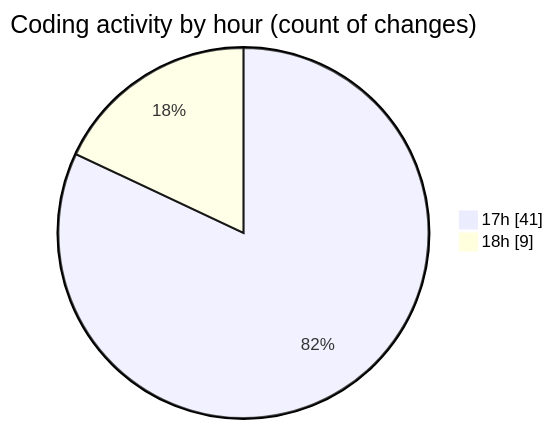
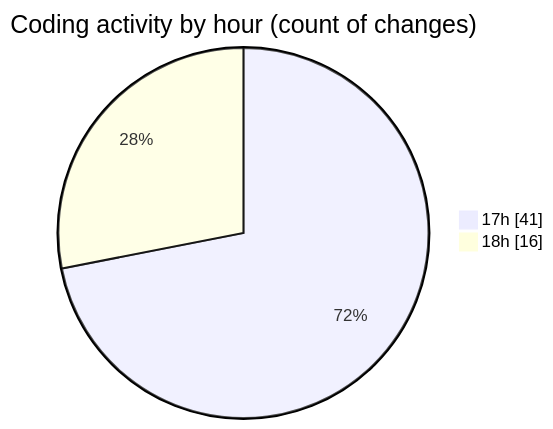
One commit to momahboobian/code-tracking changed the second of 2 diagrams in 2025-03-20/cda/README.md. Above: the diagram before and after it, drawn with Mermaid. The commit also changed other lines of this file and 1 other file, not shown here.

````diff
--- a/2025-03-20/cda/README.md
+++ b/2025-03-20/cda/README.md
@@ -30,6 +30,6 @@
 ```mermaid
 pie showData
 title Coding activity by hour (count of changes)
 "17h" : 41
-"18h" : 9
+"18h" : 16
 ```
````
